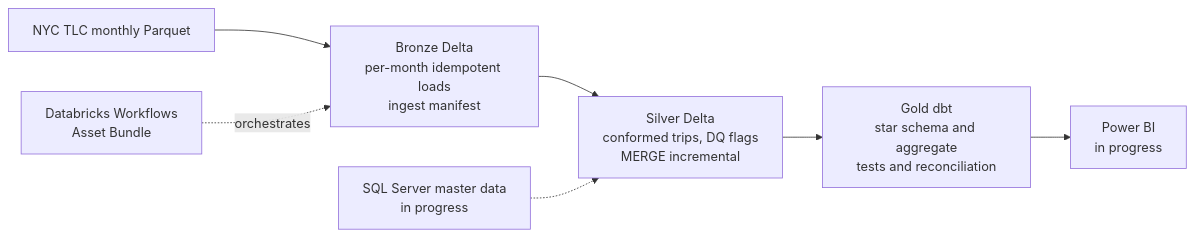
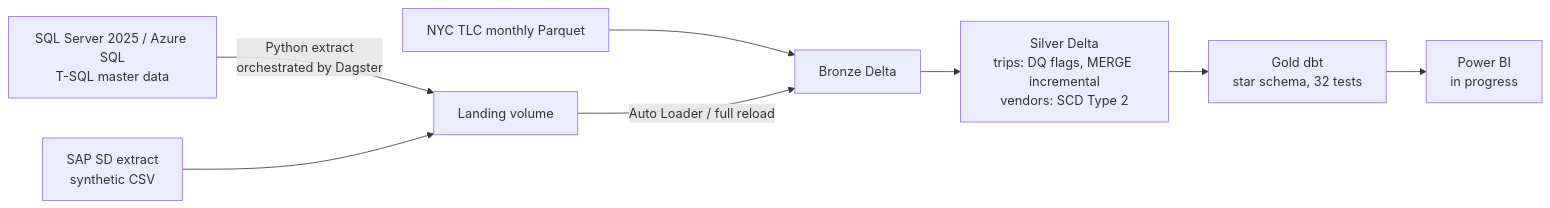
One commit to AlyDk/nyc-mobility-lakehouse changed the diagram in README.md. Above: the diagram before and after it, drawn with Mermaid. The commit also changed other lines of this file, not shown here.

Commit message:
README: SQL Server, Azure SQL, SCD2, Auto Loader, SAP billing, Dagster

````diff
--- a/README.md
+++ b/README.md
@@ -18,9 +21,10 @@
 ```mermaid
 flowchart LR
-  TLC[NYC TLC monthly Parquet] --> B[Bronze Delta<br/>per-month idempotent loads<br/>ingest manifest]
-  B --> S[Silver Delta<br/>conformed trips, DQ flags<br/>MERGE incremental]
-  S --> G[Gold dbt<br/>star schema and aggregate<br/>tests and reconciliation]
+  TLC[NYC TLC monthly Parquet] --> B[Bronze Delta]
+  SQL[SQL Server 2025 / Azure SQL<br/>T-SQL master data] -->|Python extract<br/>orchestrated by Dagster| L[Landing volume]
+  SAP[SAP SD extract<br/>synthetic CSV] --> L
+  L -->|Auto Loader / full reload| B
+  B --> S[Silver Delta<br/>trips: DQ flags, MERGE incremental<br/>vendors: SCD Type 2]
+  S --> G[Gold dbt<br/>star schema, 32 tests]
   G --> PBI[Power BI<br/>in progress]
-  SQL[SQL Server master data<br/>in progress] -.-> S
-  WF[Databricks Workflows<br/>Asset Bundle] -.orchestrates.-> B
 ```
````
